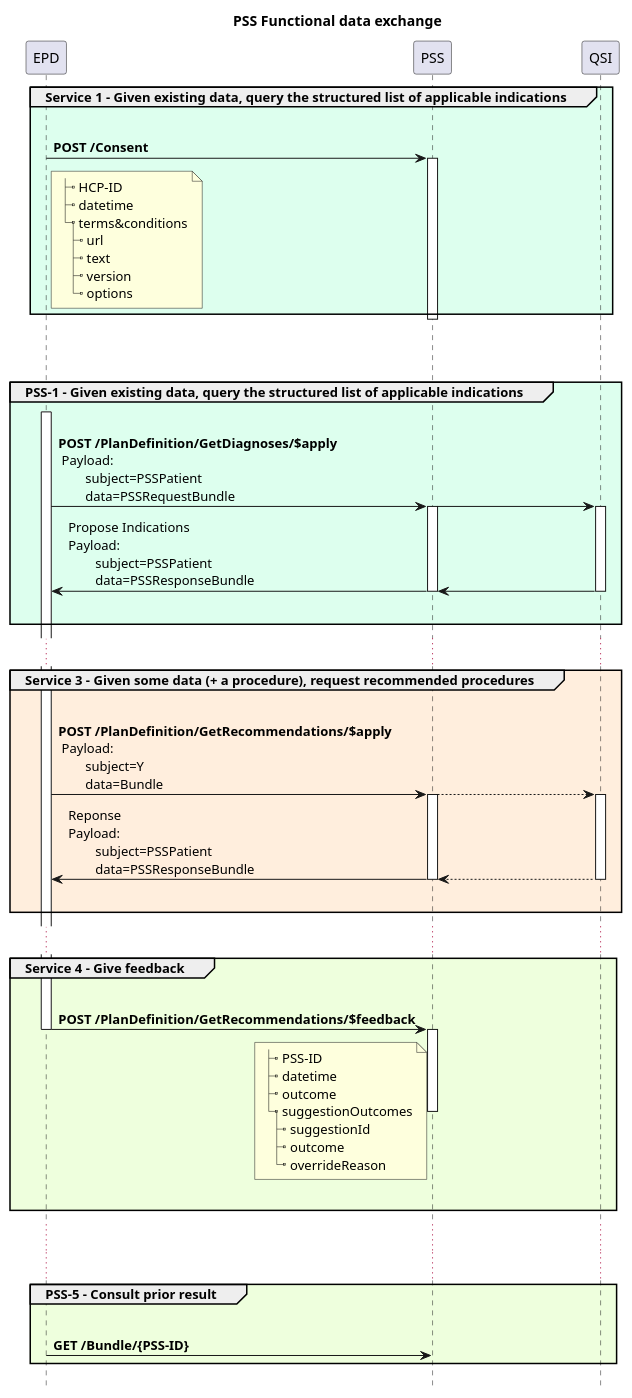
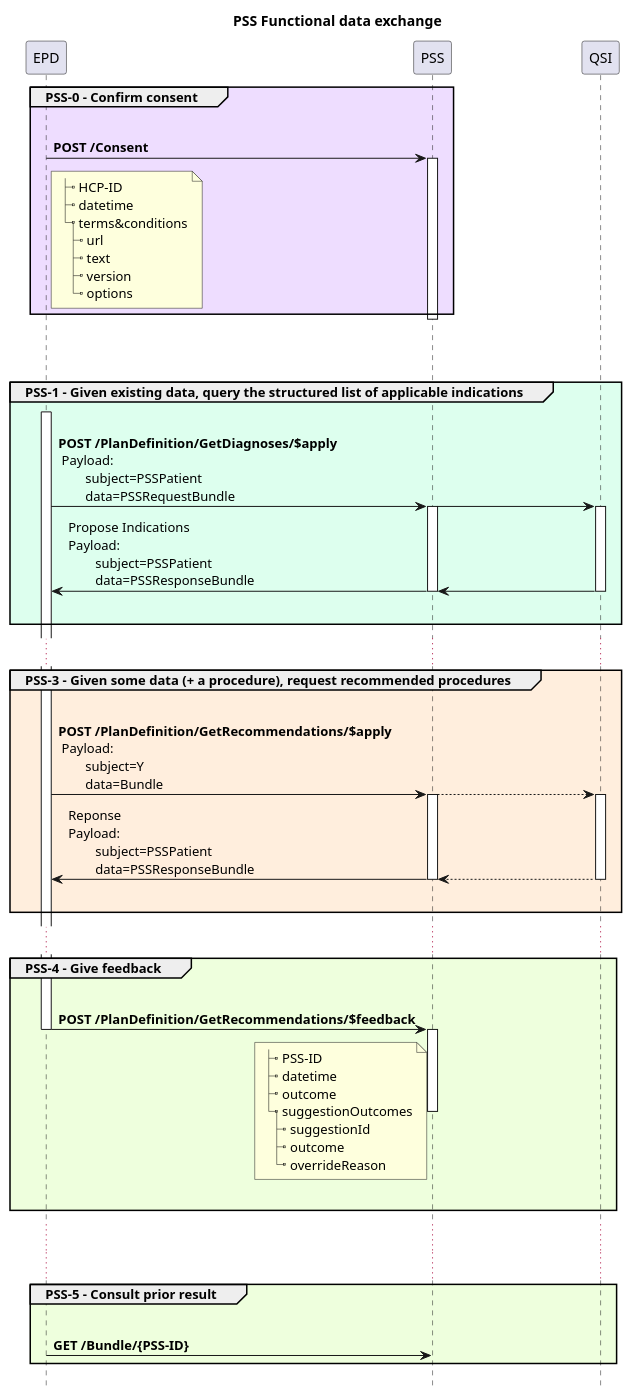
One commit to hl7-be/pss changed the diagram in input/images-source/pss-flow-radiology.plantuml. Above: the diagram before and after it, drawn with PlantUML. The commit also changed 3 other files, not shown here.

Commit message:
update diagrams and service numbering

```diff
--- a/input/images-source/pss-flow-radiology.plantuml
+++ b/input/images-source/pss-flow-radiology.plantuml
@@ -1,85 +1,85 @@
 @startuml
 !pragma teoz true
 Title PSS Functional data exchange
 hide footbox
 
-group #DFE Service 1 - Given existing data, query the structured list of applicable indications
+group #edf PSS-0 - Confirm consent
         EPD -> PSS : \n**POST /Consent**
         activate PSS
         note right of EPD
 |_ HCP-ID
 |_ datetime
 |_ terms&conditions
   |_ url
   |_ text
   |_ version
   |_ options
         end note
         deactivate EPD
         deactivate PSS
 end
 |||
 |||
 group #DFE PSS-1 - Given existing data, query the structured list of applicable indications
         activate EPD
         EPD -> PSS : \n**POST /PlanDefinition/GetDiagnoses/$apply**\n Payload:\n        subject=PSSPatient\n        data=PSSRequestBundle
         & PSS -> QSI 
         & PSS -[hidden]-> QSI : "                                      "
         'PSS -> QSI : GET /indictions
 
         activate PSS
         activate QSI
         QSI -> PSS 
         & PSS -> EPD: Propose Indications \nPayload:\n        subject=PSSPatient\n        data=PSSResponseBundle
         deactivate PSS
         deactivate QSI
         |||
 end
 
 ...
-group #fed Service 3 - Given some data (+ a procedure), request recommended procedures
+group #fed PSS-3 - Given some data (+ a procedure), request recommended procedures
         EPD -> PSS : \n**POST /PlanDefinition/GetRecommendations/$apply**\n Payload:\n        subject=Y\n        data=Bundle
         & PSS --> QSI 
         & PSS -[hidden]-> QSI : "                                      "
 
         activate PSS
         activate QSI
         QSI --> PSS 
         & PSS -> EPD: Reponse\nPayload:\n        subject=PSSPatient\n        data=PSSResponseBundle
         deactivate PSS
         deactivate QSI
         |||
 
 end
 ...
-group #efd Service 4 - Give feedback
+group #efd PSS-4 - Give feedback
         EPD -> PSS : \n**POST /PlanDefinition/GetRecommendations/$feedback**
         note left of PSS
 |_ PSS-ID
 |_ datetime
 |_ outcome
 |_ suggestionOutcomes
   |_ suggestionId
   |_ outcome
   |_ overrideReason
         end note
         deactivate EPD
         activate PSS
         & PSS -[hidden]-> QSI : "                                      "
         deactivate PSS
         |||
 
 end
 
 ...
 ...
 
 group #efd PSS-5 - Consult prior result
         EPD -> PSS : \n**GET /Bundle/{PSS-ID}**
         & PSS -[hidden]-> QSI : "                                      "
 '        activate EPD
 end
 
 
 
 @enduml
```
